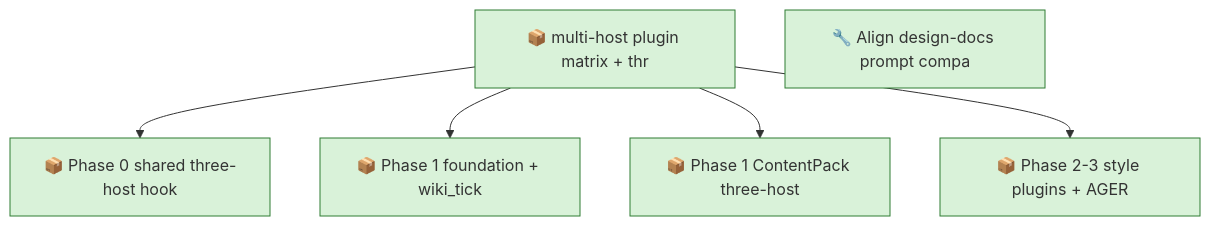
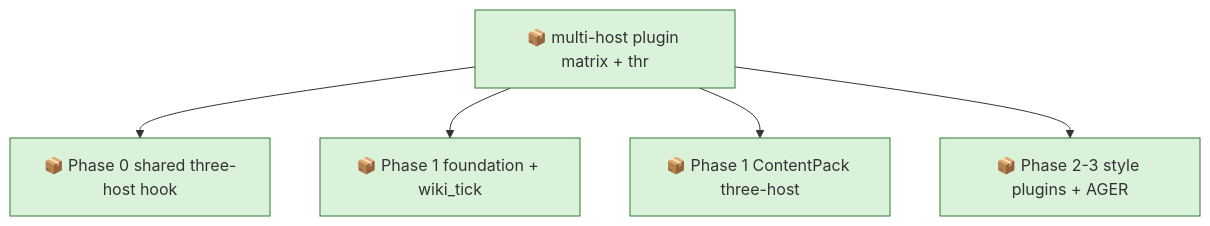
The first of 2 diagrams in docs/roadmap.md (SpillwaveSolutions/wiki_ticket_sdd), drawn with Mermaid before and after one commit. The commit also changed other lines of this file and 8 other files, not shown here.

Commit message:
chore: close prompt-pin item after #375 (01M0V0ZQ56VWB1QMTP8HRXKCXG)

````diff
--- a/docs/roadmap.md
+++ b/docs/roadmap.md
@@ -57,15 +43,14 @@
 ```mermaid
 graph TD
     01M0KCDKJRAZYMWDD9PFGHC6XY["📦 multi-host plugin matrix + thr"]
     01M0KCDV5GP8BMZT142MMAPAG7["📦 Phase 0 shared three-host hook"]
     01M0KCDV7AQEQ61TA2MYN3M5C3["📦 Phase 1 foundation + wiki_tick"]
     01M0KCDV94P4YPBXJXQZNNGQTM["📦 Phase 1 ContentPack three-host"]
     01M0KCDVAYS67SPN8FHAYY4DWX["📦 Phase 2-3 style plugins + AGER"]
-    01M0V0ZQ56VWB1QMTP8HRXKCXG["🔧 Align design-docs prompt compa"]
     01M0KCDKJRAZYMWDD9PFGHC6XY --> 01M0KCDV5GP8BMZT142MMAPAG7
     01M0KCDKJRAZYMWDD9PFGHC6XY --> 01M0KCDV7AQEQ61TA2MYN3M5C3
     01M0KCDKJRAZYMWDD9PFGHC6XY --> 01M0KCDV94P4YPBXJXQZNNGQTM
     01M0KCDKJRAZYMWDD9PFGHC6XY --> 01M0KCDVAYS67SPN8FHAYY4DWX
     classDef in_progress fill:#d9f2d9,stroke:#2e7d32
-    class 01M0KCDKJRAZYMWDD9PFGHC6XY,01M0KCDV5GP8BMZT142MMAPAG7,01M0KCDV7AQEQ61TA2MYN3M5C3,01M0KCDV94P4YPBXJXQZNNGQTM,01M0KCDVAYS67SPN8FHAYY4DWX,01M0V0ZQ56VWB1QMTP8HRXKCXG in_progress
+    class 01M0KCDKJRAZYMWDD9PFGHC6XY,01M0KCDV5GP8BMZT142MMAPAG7,01M0KCDV7AQEQ61TA2MYN3M5C3,01M0KCDV94P4YPBXJXQZNNGQTM,01M0KCDVAYS67SPN8FHAYY4DWX in_progress
 ```
````
